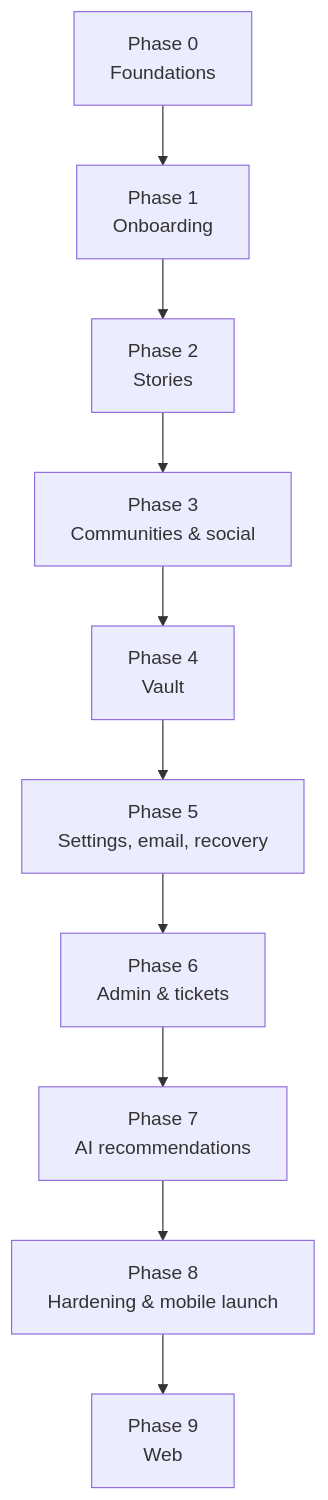
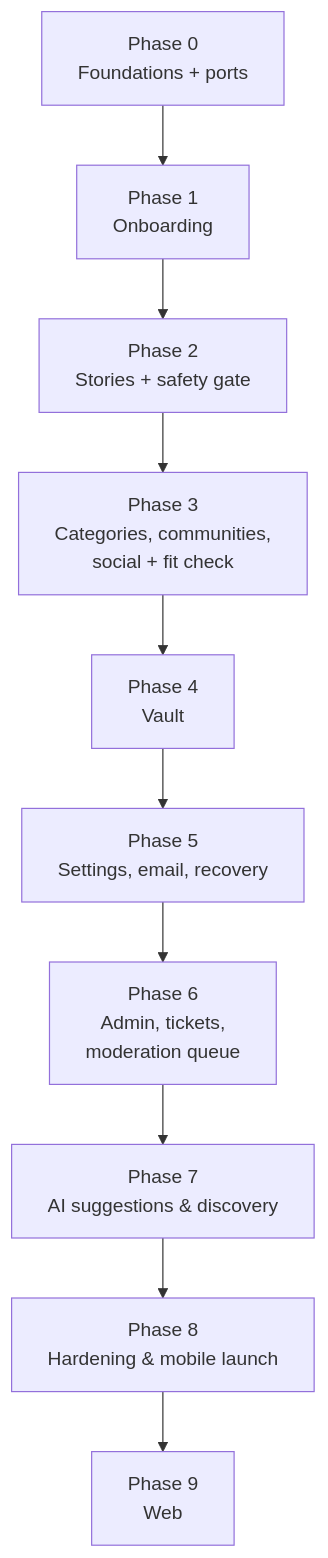
Before and after one commit to Deepak-GitHub1474/story: the diagram in docs/11-mvp-roadmap.md, drawn with Mermaid. The commit also changed other lines of this file and 187 other files, not shown here.

````diff
--- a/docs/11-mvp-roadmap.md
+++ b/docs/11-mvp-roadmap.md
@@ -17,12 +19,12 @@
 ```mermaid
 flowchart TD
-    P0["Phase 0<br/>Foundations"] --> P1["Phase 1<br/>Onboarding"]
-    P1 --> P2["Phase 2<br/>Stories"]
-    P2 --> P3["Phase 3<br/>Communities & social"]
+    P0["Phase 0<br/>Foundations + ports"] --> P1["Phase 1<br/>Onboarding"]
+    P1 --> P2["Phase 2<br/>Stories + safety gate"]
+    P2 --> P3["Phase 3<br/>Categories, communities,<br/>social + fit check"]
     P3 --> P4["Phase 4<br/>Vault"]
     P4 --> P5["Phase 5<br/>Settings, email, recovery"]
-    P5 --> P6["Phase 6<br/>Admin & tickets"]
-    P6 --> P7["Phase 7<br/>AI recommendations"]
+    P5 --> P6["Phase 6<br/>Admin, tickets,<br/>moderation queue"]
+    P6 --> P7["Phase 7<br/>AI suggestions & discovery"]
     P7 --> P8["Phase 8<br/>Hardening & mobile launch"]
     P8 --> P9["Phase 9<br/>Web"]
 ```
````
